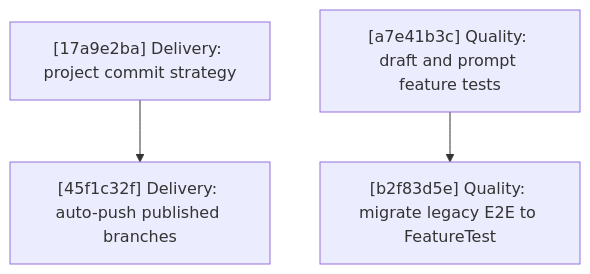
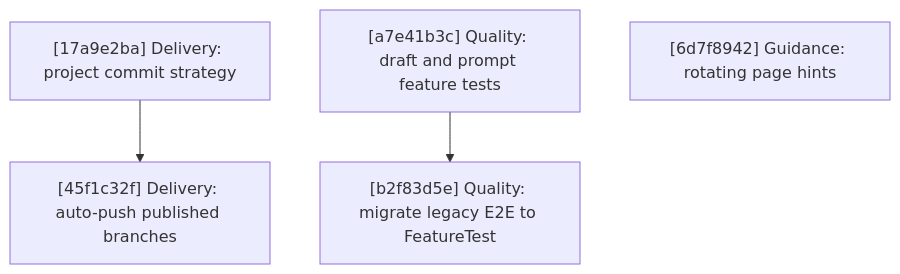
Before and after one commit to agentty-xyz/agentty: the diagram in docs/plan/roadmap.md, drawn with Mermaid. The commit also changed other lines of this file, not shown here.

First line of the commit message:
Document page-specific header guidance roadmap slice

````diff
--- a/docs/plan/roadmap.md
+++ b/docs/plan/roadmap.md
@@ -152,5 +183,6 @@
 ```mermaid
 flowchart TD
     R1["[17a9e2ba] Delivery: project commit strategy"] --> R2["[45f1c32f] Delivery: auto-push published branches"]
     R3["[a7e41b3c] Quality: draft and prompt feature tests"] --> R4["[b2f83d5e] Quality: migrate legacy E2E to FeatureTest"]
+    R5["[6d7f8942] Guidance: rotating page hints"]
 ```
````
